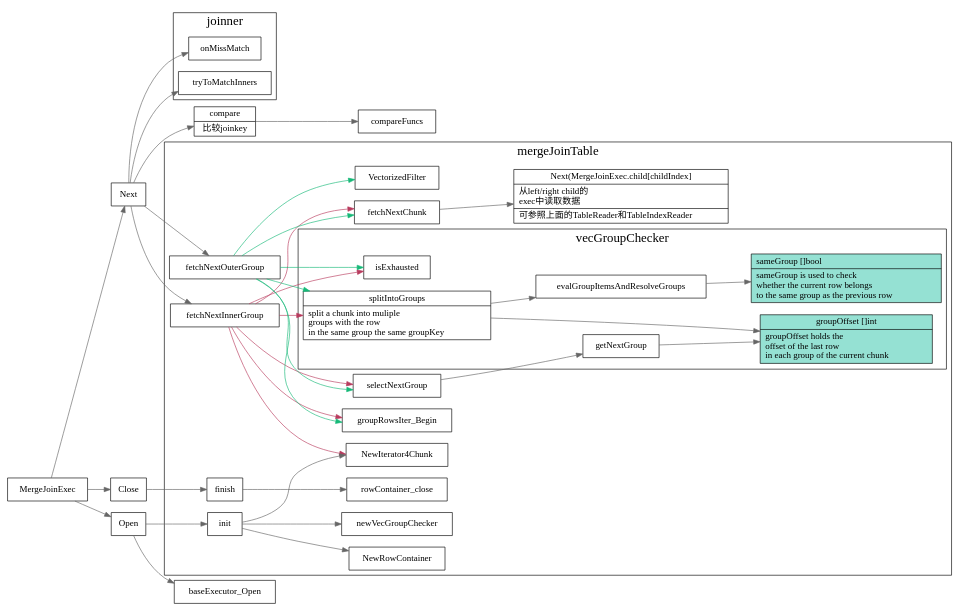
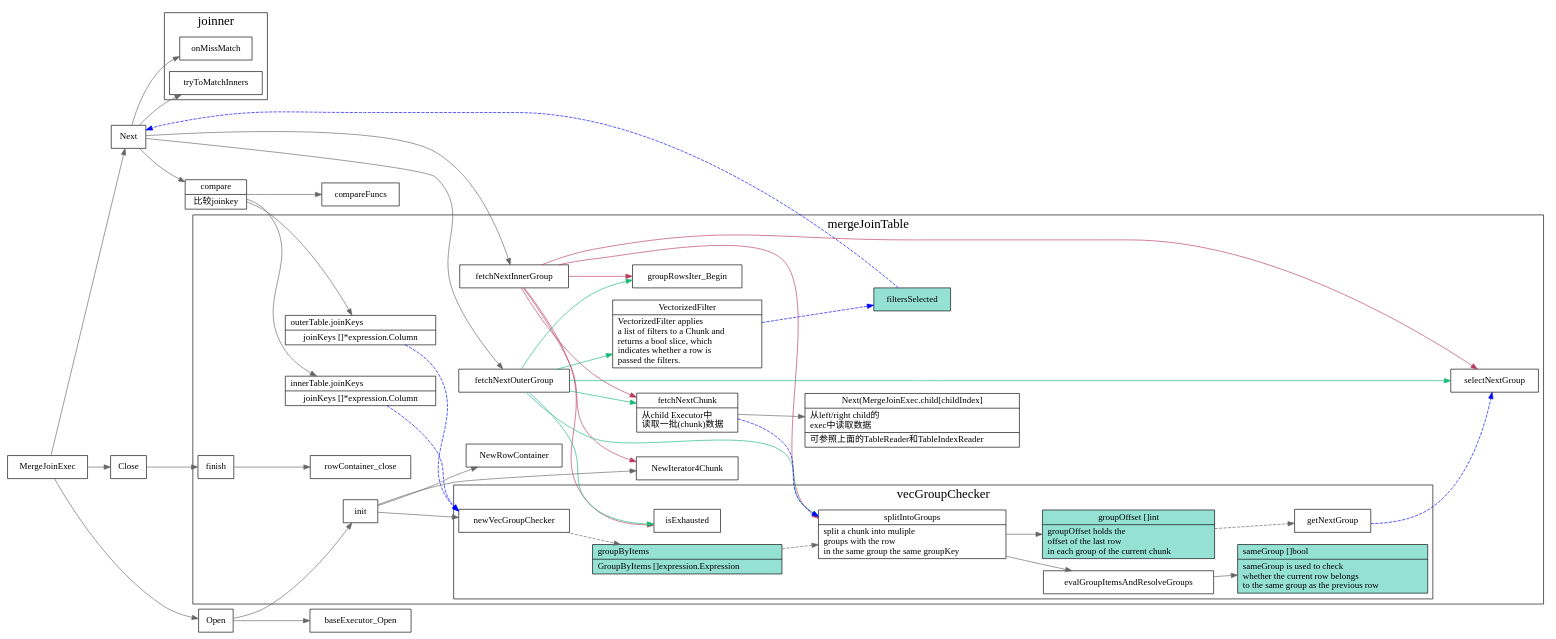
One commit to xieyu/blog changed the diagram in src/tidb/dot/merge-join.dot. Above: the diagram before and after it, drawn with Graphviz. The commit also changed 15 other files, not shown here.

```diff
--- a/src/tidb/dot/merge-join.dot
+++ b/src/tidb/dot/merge-join.dot
@@ -1,131 +1,192 @@
 digraph merge_join {
   node[shape=box];
   edge[color=gray40];
   newrank=true;
   rankdir=LR;
 
   MergeJoinExec -> {
     Next;
     Open;
     Close;
   }
   Next -> {
     fetchNextInnerGroup;
     fetchNextOuterGroup;
     compare;
     onMissMatch;
     tryToMatchInners;
   }
 
   compare -> {
     compareFuncs;
+    outerTable_joinKeys;
+    innerTable_joinKeys;
   }
   compare[
     shape="record";
     label="{{
       compare|
       比较joinkey
     }}";
   ];
 
   Open -> {
     baseExecutor_Open;
     init;
   }
   Close -> {
     finish;
   }
 
   subgraph cluster_mergeJoinTable {
     graph[label="mergeJoinTable";fontsize=20;];
     init -> {
       newVecGroupChecker;
       NewIterator4Chunk;
       NewRowContainer;
     };
     finish -> {
       rowContainer_close;
     };
+    fetchNextChunk[
+      shape="record";
+      label="{{
+        fetchNextChunk|
+        从child Executor中\l
+        读取一批(chunk)数据\l
+      }}"];
 
     fetchNextInnerGroup -> {
       fetchNextChunk;
       isExhausted;
       NewIterator4Chunk;
       splitIntoGroups;
       selectNextGroup;
       groupRowsIter_Begin;
     }[color="#b83b5e"];
 
     fetchNextOuterGroup -> {
       isExhausted;
       fetchNextChunk;
       VectorizedFilter;
       splitIntoGroups;
       selectNextGroup;
       groupRowsIter_Begin;
     }[color="#17b978"];
 
     subgraph cluster_vecGroupChecker {
       graph[label="vecGroupChecker";fontsize=20;];
       splitIntoGroups[
         shape="record";
         label="{{
           splitIntoGroups|
           split a chunk into muliple\l 
           groups with the row \l
           in the same group the same groupKey\l
         }}";
       ];
       splitIntoGroups -> {
         evalGroupItemsAndResolveGroups;
       }
       sameGroup[
         shape="record";
         fillcolor="#95e1d3"
         style=filled;
         label="{{
           sameGroup []bool\l|
             sameGroup is used to check \l 
             whether the current row belongs\l 
             to the same group as the previous row\l
         }}";
       ];
       groupOffset[
         shape="record";
         fillcolor="#95e1d3"
         style=filled;
         label="{{
           groupOffset []int|
             groupOffset holds the \l 
             offset of the last row \l 
             in each group of the current chunk\l
         }}";
       ];
       splitIntoGroups -> groupOffset;
       evalGroupItemsAndResolveGroups -> sameGroup;
-      getNextGroup -> groupOffset;
       isExhausted;
+      groupByItems[
+        shape=record;
+        style=filled;
+        fillcolor="#95e1d3"
+        label="{{
+          groupByItems\l|
+	        GroupByItems []expression.Expression\l
+        }}"
+      ];
+
+
+      edge[style=dashed];
+      newVecGroupChecker -> groupByItems -> splitIntoGroups;
+      groupOffset -> getNextGroup;
     }
 
     fetchNextChunk -> {
       Next_MergeJoinExec_child_childIndex;
     }
     Next_MergeJoinExec_child_childIndex[
       shape="record";
       label="{{
         Next(MergeJoinExec.child[childIndex]|
         从left/right child的\l 
         exec中读取数据\l|
         可参照上面的TableReader和TableIndexReader\l
       }}";
     ];
-    selectNextGroup -> {
-      getNextGroup;
-    }
+    innerTable_joinKeys[
+      shape="record";
+      label="{{
+      innerTable.joinKeys\l|
+	      joinKeys   []*expression.Column
+      }}"];
+    outerTable_joinKeys[
+      shape="record";
+      label="{{
+      outerTable.joinKeys\l|
+	      joinKeys   []*expression.Column
+      }}"];
+    VectorizedFilter[
+      shape="record";
+      label="{{
+        VectorizedFilter|
+          VectorizedFilter applies\l 
+          a list of filters to a Chunk and\l
+          returns a bool slice, which\l 
+          indicates whether a row is\l 
+          passed the filters.\l
+      }}"];
+    filtersSelected[
+      shape=record;
+      style=filled;
+      fillcolor="#95e1d3"
+      label="{{
+        filtersSelected
+      }}"
+    ];
+
+    edge[style=dashed;color=blue];
+    VectorizedFilter -> filtersSelected;
+    {
+      innerTable_joinKeys;
+      outerTable_joinKeys;
+    } -> newVecGroupChecker;
+    getNextGroup -> selectNextGroup;
+    fetchNextChunk -> splitIntoGroups;
   }
+  edge[style=dashed;color=blue]
+  filtersSelected -> Next;
+
   subgraph cluster_joinner {
     graph[label="joinner";fontsize=20;];
     onMissMatch;
     tryToMatchInners;
   }
 }
```
